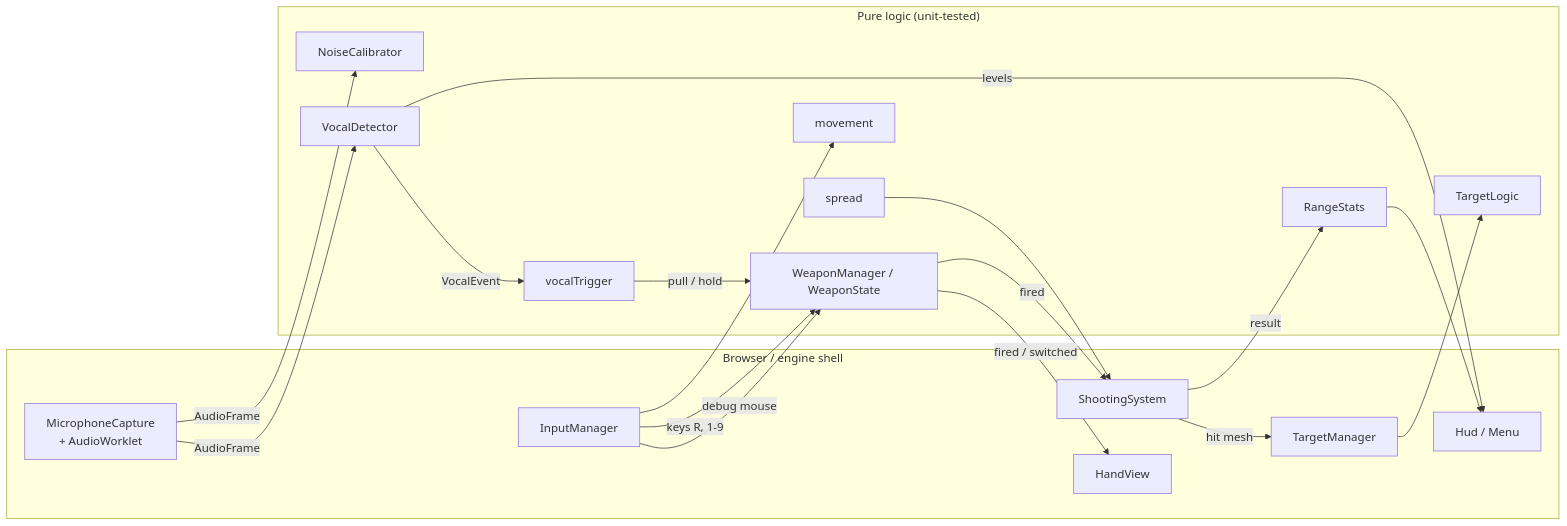
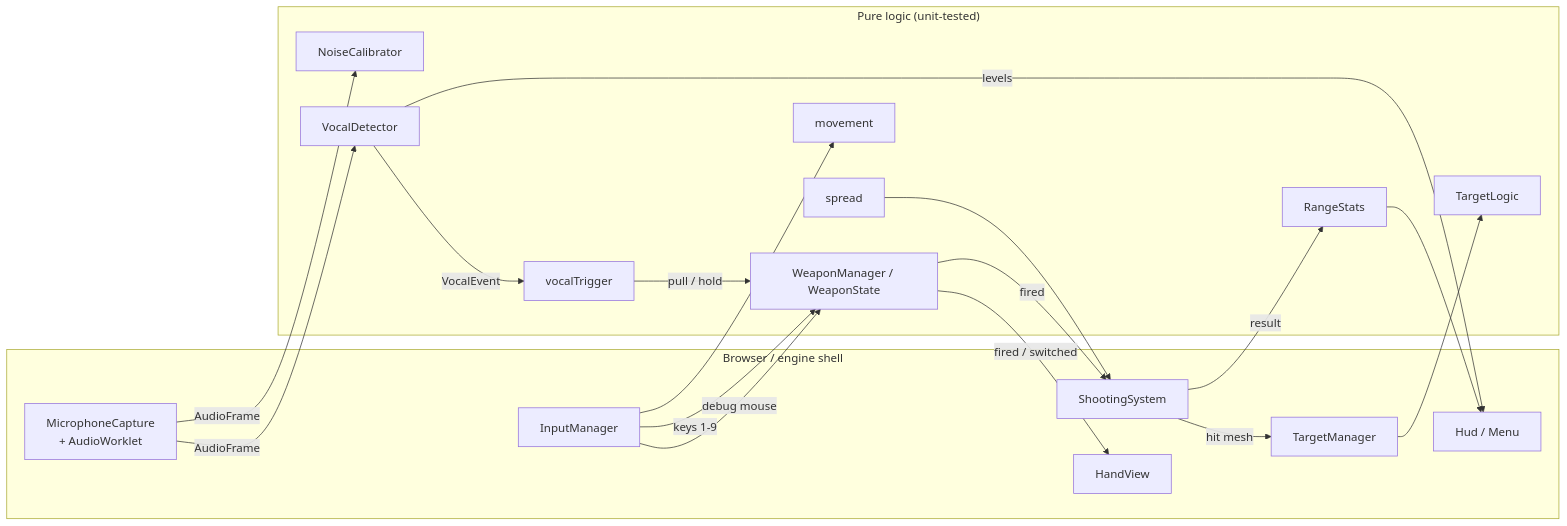
The first of 4 diagrams in docs/ARCHITECTURE.md (DanGimeno/bangbang-mvp), drawn with Mermaid before and after one commit. The commit also changed other lines of this file and 16 other files, not shown here.

````diff
--- a/docs/ARCHITECTURE.md
+++ b/docs/ARCHITECTURE.md
@@ -73,36 +72,36 @@
 ```mermaid
 flowchart LR
   subgraph Browser["Browser / engine shell"]
     Mic[MicrophoneCapture<br/>+ AudioWorklet]
     Input[InputManager]
     Shoot[ShootingSystem]
     Targets[TargetManager]
     Hands[HandView]
     UI[Hud / Menu]
   end
   subgraph Pure["Pure logic (unit-tested)"]
     Cal[NoiseCalibrator]
     Det[VocalDetector]
     Trig[vocalTrigger]
     WM[WeaponManager / WeaponState]
     Move[movement]
     TL[TargetLogic]
     Stats[RangeStats]
     Spread[spread]
   end
   Mic -- AudioFrame --> Cal
   Mic -- AudioFrame --> Det
   Det -- VocalEvent --> Trig
   Trig -- pull / hold --> WM
   Input -- debug mouse --> WM
-  Input -- keys R, 1-9 --> WM
+  Input -- keys 1-9 --> WM
   WM -- fired --> Shoot
   Spread --> Shoot
   Shoot -- hit mesh --> Targets
   Targets --> TL
   Shoot -- result --> Stats
   WM -- fired / switched --> Hands
   Stats --> UI
   Det -- levels --> UI
   Input --> Move
 ```
````
